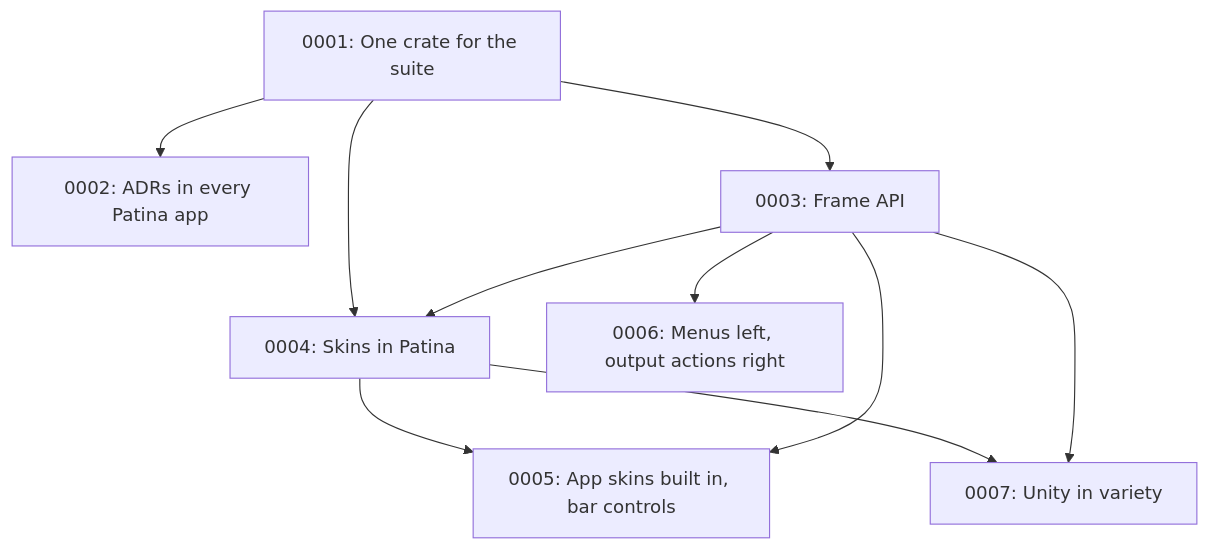
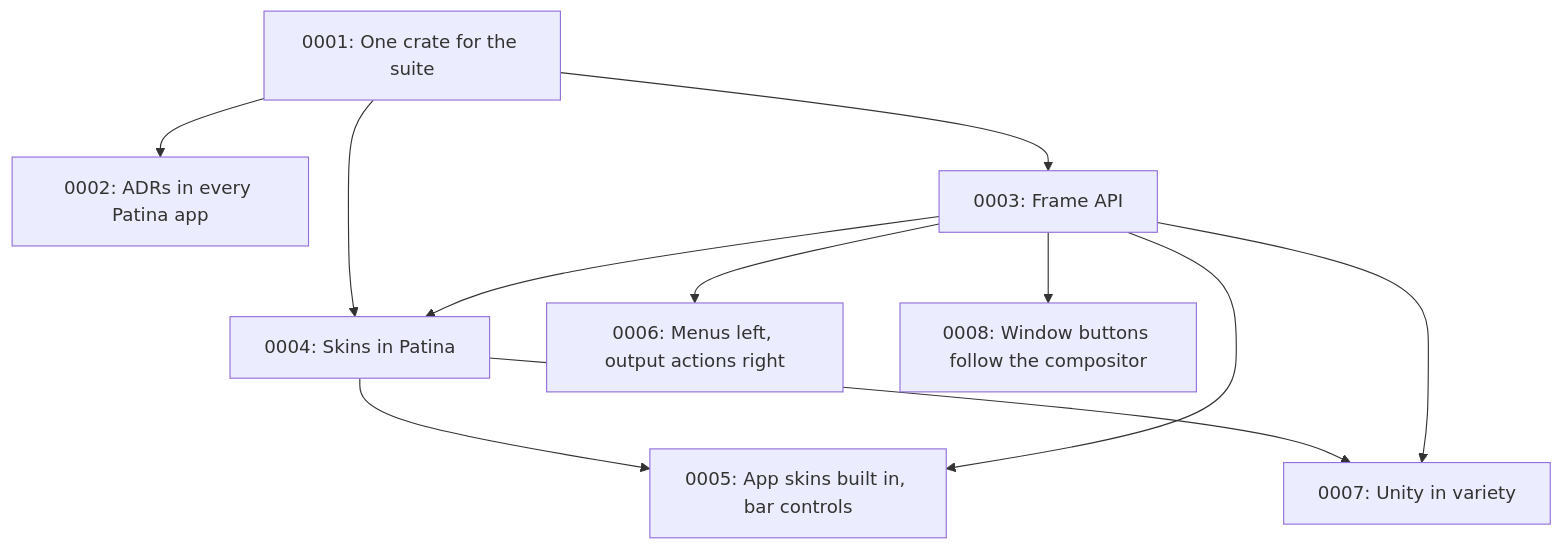
The diagram in docs/adr/README.md (Sector-F-Labs/patina), drawn with Mermaid before and after one commit. The commit also changed other lines of this file and 5 other files, not shown here.

````diff
--- a/docs/adr/README.md
+++ b/docs/adr/README.md
@@ -55,12 +56,13 @@
 ```mermaid
 flowchart TD
     A[0001: One crate for the suite] --> B[0002: ADRs in every Patina app]
     A --> C[0003: Frame API]
     A --> D[0004: Skins in Patina]
     C --> D
     D --> E[0005: App skins built in, bar controls]
     C --> F[0006: Menus left, output actions right]
     C --> E
     D --> G[0007: Unity in variety]
     C --> G
+    C --> H[0008: Window buttons follow the compositor]
 ```
````
